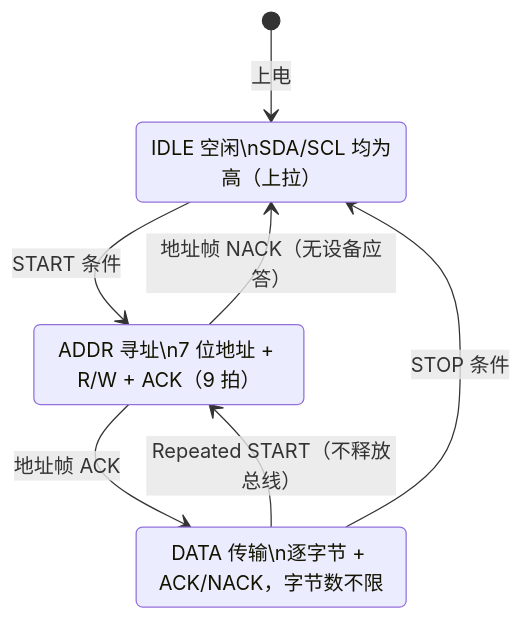
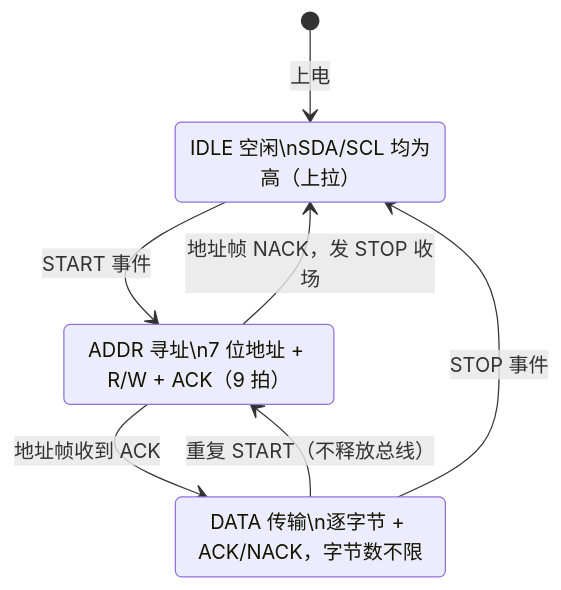
Before and after one commit to xiaohong0925/Embedded_Knowledge_System_V2026: the diagram in docs/B. 总线协议/B. 低速外设接口/B-B.3.2_I2C协议层与帧格式.md, drawn with Mermaid. The commit also changed other lines of this file and 6 other files, not shown here.

````diff
--- a/docs/B. 总线协议/B. 低速外设接口/B-B.3.2_I2C协议层与帧格式.md
+++ b/docs/B. 总线协议/B. 低速外设接口/B-B.3.2_I2C协议层与帧格式.md
@@ -19,12 +32,12 @@
 ```mermaid
 stateDiagram-v2
     [*] --> IDLE : 上电
-    IDLE --> ADDR : START 条件
-    ADDR --> DATA : 地址帧 ACK
-    ADDR --> IDLE : 地址帧 NACK（无设备应答）
-    DATA --> ADDR : Repeated START（不释放总线）
-    DATA --> IDLE : STOP 条件
+    IDLE --> ADDR : START 事件
+    ADDR --> DATA : 地址帧收到 ACK
+    ADDR --> IDLE : 地址帧 NACK，发 STOP 收场
+    DATA --> ADDR : 重复 START（不释放总线）
+    DATA --> IDLE : STOP 事件
     IDLE : IDLE 空闲\nSDA/SCL 均为高（上拉）
     ADDR : ADDR 寻址\n7 位地址 + R/W + ACK（9 拍）
     DATA : DATA 传输\n逐字节 + ACK/NACK，字节数不限
 ```
````
